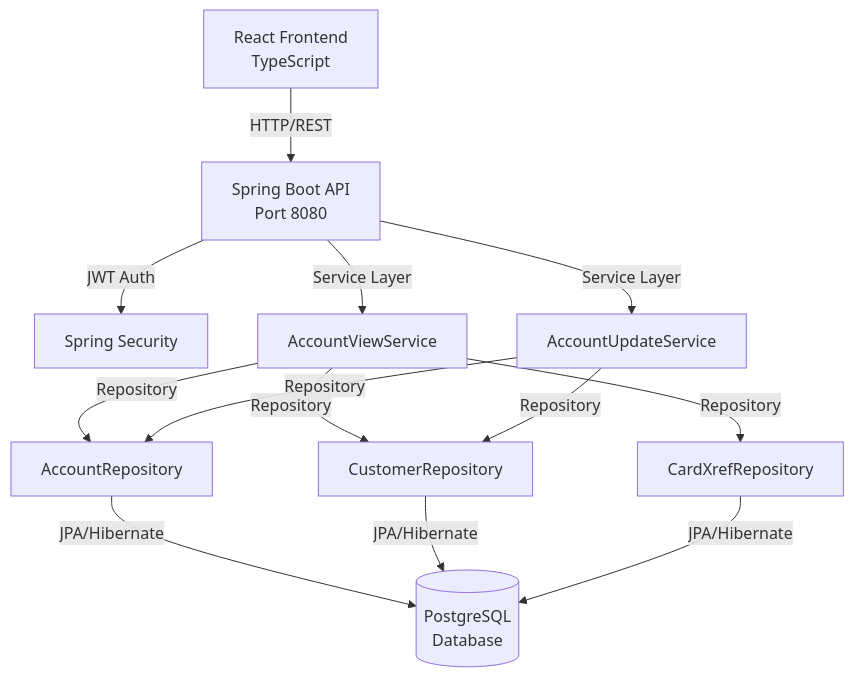
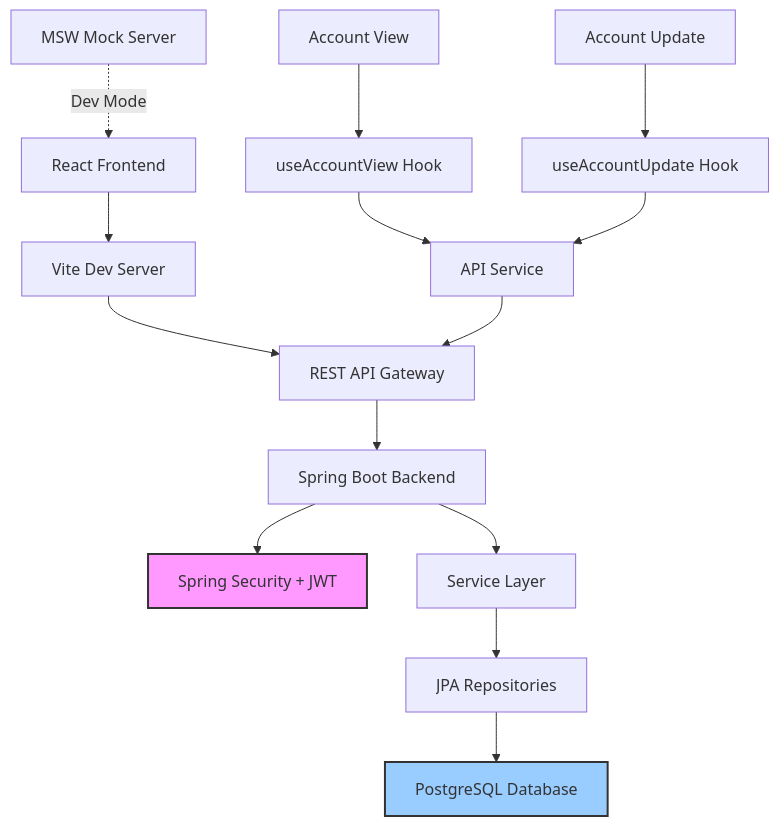
The diagram in docs/system-overview.md (Stefanini-Squad-AI/demo-sai-3-aws), drawn with Mermaid before and after one commit. The commit also changed other lines of this file and 3 other files, not shown here.

````diff
--- a/docs/system-overview.md
+++ b/docs/system-overview.md
@@ -51,15 +73,23 @@
 ```mermaid
 graph TD
-    A[React Frontend<br/>TypeScript] -->|HTTP/REST| B[Spring Boot API<br/>Port 8080]
-    B -->|JWT Auth| C[Spring Security]
-    B -->|Service Layer| D[AccountViewService]
-    B -->|Service Layer| E[AccountUpdateService]
-    D -->|Repository| F[AccountRepository]
-    D -->|Repository| G[CustomerRepository]
-    D -->|Repository| H[CardXrefRepository]
-    E -->|Repository| F
-    E -->|Repository| G
-    F -->|JPA/Hibernate| I[(PostgreSQL<br/>Database)]
-    G -->|JPA/Hibernate| I
-    H -->|JPA/Hibernate| I
+    A[React Frontend] --> B[Vite Dev Server]
+    B --> C[REST API Gateway]
+    C --> D[Spring Boot Backend]
+    D --> E[Spring Security + JWT]
+    D --> F[Service Layer]
+    F --> G[JPA Repositories]
+    G --> H[PostgreSQL Database]
+    
+    I[MSW Mock Server] -.->|Dev Mode| A
+    
+    J[Account View] --> K[useAccountView Hook]
+    K --> L[API Service]
+    
+    M[Account Update] --> N[useAccountUpdate Hook]
+    N --> L
+    
+    L --> C
+    
+    style E fill:#f9f,stroke:#333,stroke-width:2px
+    style H fill:#9cf,stroke:#333,stroke-width:2px
 ```
````
